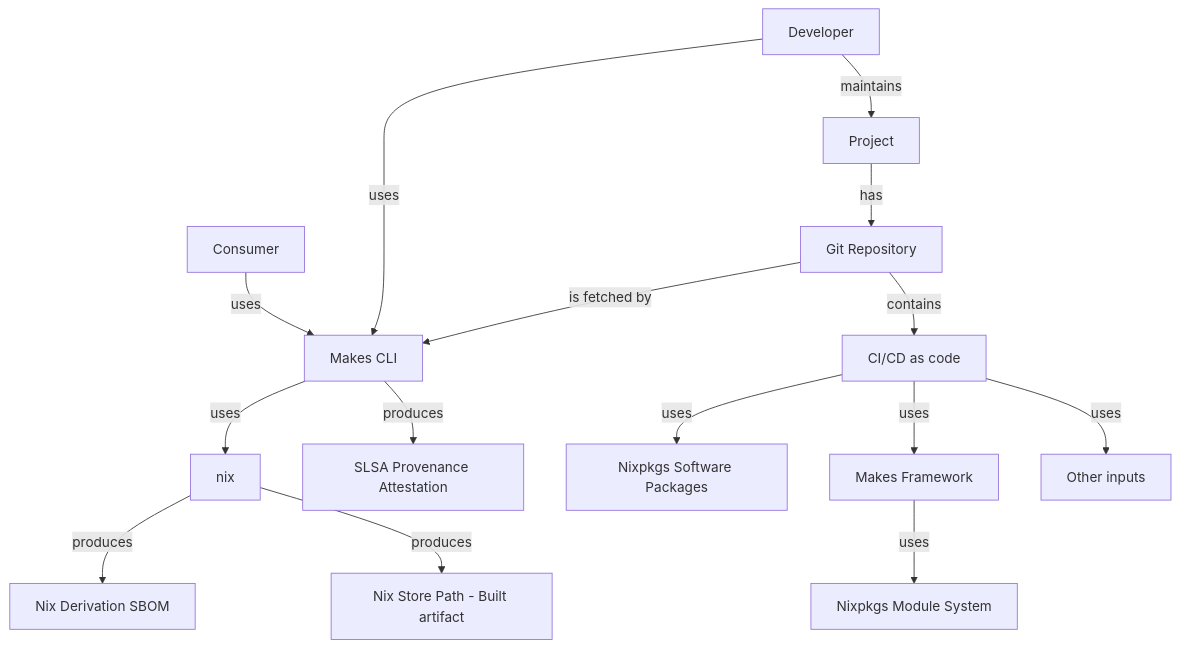
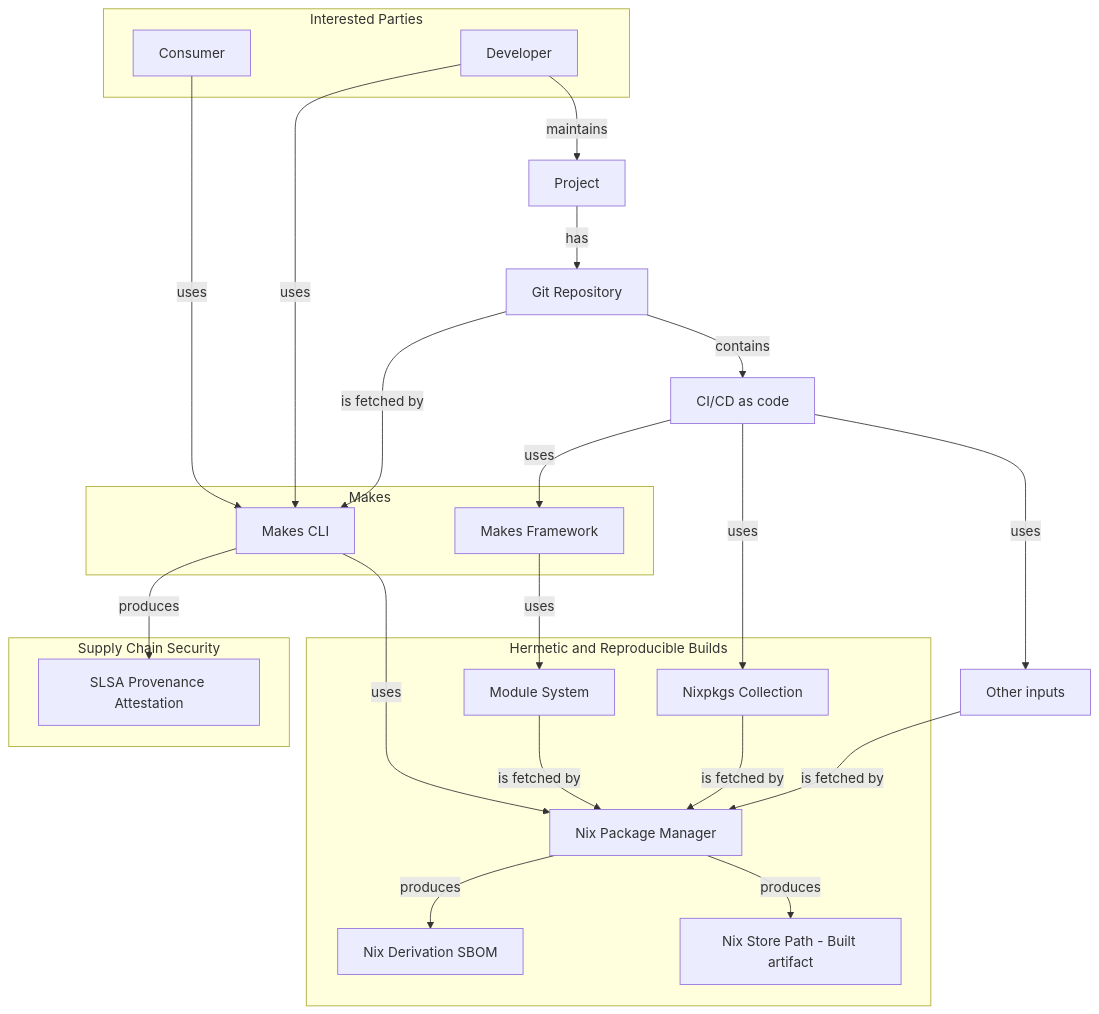
One commit to fluidattacks/makes changed the diagram in docs/src/architecture/README.md. Above: the diagram before and after it, drawn with Mermaid.

Commit message:
feat(doc): #919 sub graphs arch
- Add subgraph to the arch

````diff
--- a/docs/src/architecture/README.md
+++ b/docs/src/architecture/README.md
@@ -9,32 +9,48 @@
 ```mermaid
 flowchart TB
-inputs[Other inputs]
-  makes_cli[Makes CLI]
-  makes_framework[Makes Framework]
-  slsa_provenance[SLSA Provenance Attestation]
-  nix_derivation[Nix Derivation SBOM]
-  nix_store_path[Nix Store Path - Built artifact]
-  nixpkgs_collection[Nixpkgs Software Packages]
-  nixpkgs_module_system[Nixpkgs Module System]
-  consumer[Consumer]
-  developer[Developer]
+
+  ci_cd_code[CI/CD as code]
+  git_repo[Git Repository]
+  inputs[Other inputs]
   project[Project]
-  git_repo[Git Repository]
-  ci_cd_code[CI/CD as code]
-  inputs[Other inputs]
+
+  subgraph human[Interested Parties]
+    consumer[Consumer]
+    developer[Developer]
+  end
+
+  subgraph build[Hermetic and Reproducible Builds]
+    nix[Nix Package Manager]
+    nix_derivation[Nix Derivation SBOM]
+    nix_store_path[Nix Store Path - Built artifact]
+    nixpkgs_collection[Nixpkgs Collection]
+    nixpkgs_module_system[Module System]
+  end
+
+  subgraph makes[Makes]
+    makes_cli[Makes CLI]
+    makes_framework[Makes Framework]
+  end
+
+  subgraph slsa[Supply Chain Security]
+    slsa_provenance[SLSA Provenance Attestation]
+  end
 
   consumer -- uses --> makes_cli
+  ci_cd_code -- uses --> makes_framework
   ci_cd_code -- uses --> nixpkgs_collection
-  ci_cd_code -- uses --> makes_framework
   ci_cd_code -- uses --> inputs
   developer -- uses --> makes_cli
   developer -- maintains --> project
   git_repo -- is fetched by --> makes_cli
   git_repo -- contains --> ci_cd_code
+  makes_cli -- produces --> slsa_provenance
   makes_cli -- uses --> nix
-  makes_cli -- produces --> slsa_provenance
   makes_framework -- uses --> nixpkgs_module_system
+  inputs -- is fetched by --> nix
+  nixpkgs_collection -- is fetched by --> nix
+  nixpkgs_module_system -- is fetched by --> nix
   nix -- produces --> nix_derivation
   nix -- produces --> nix_store_path
   project -- has --> git_repo
 ```
````
